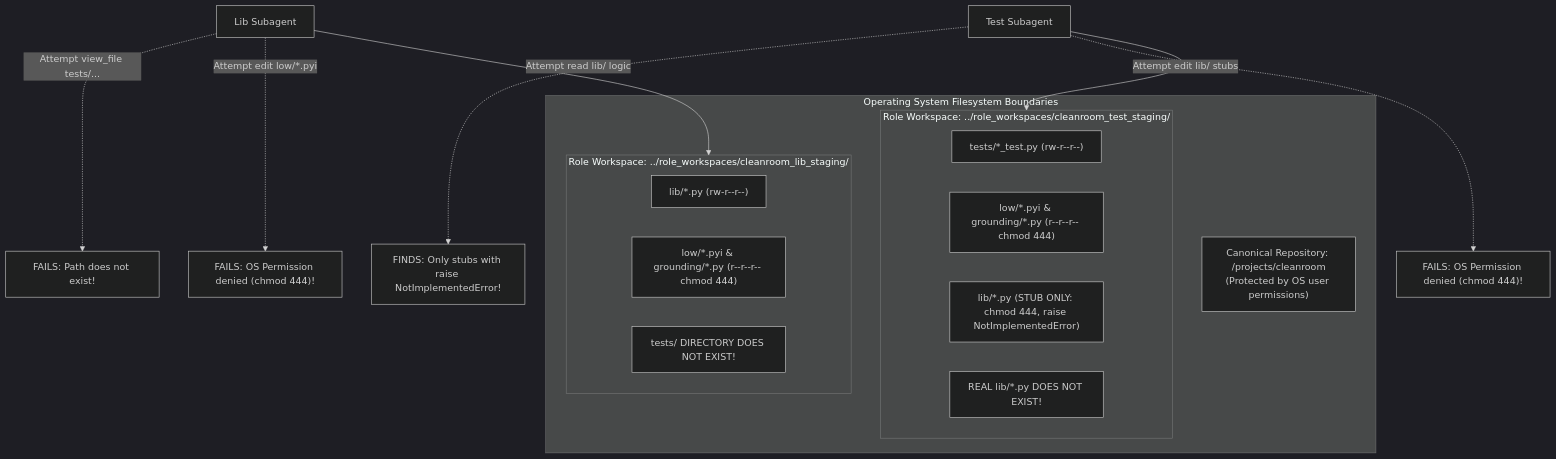
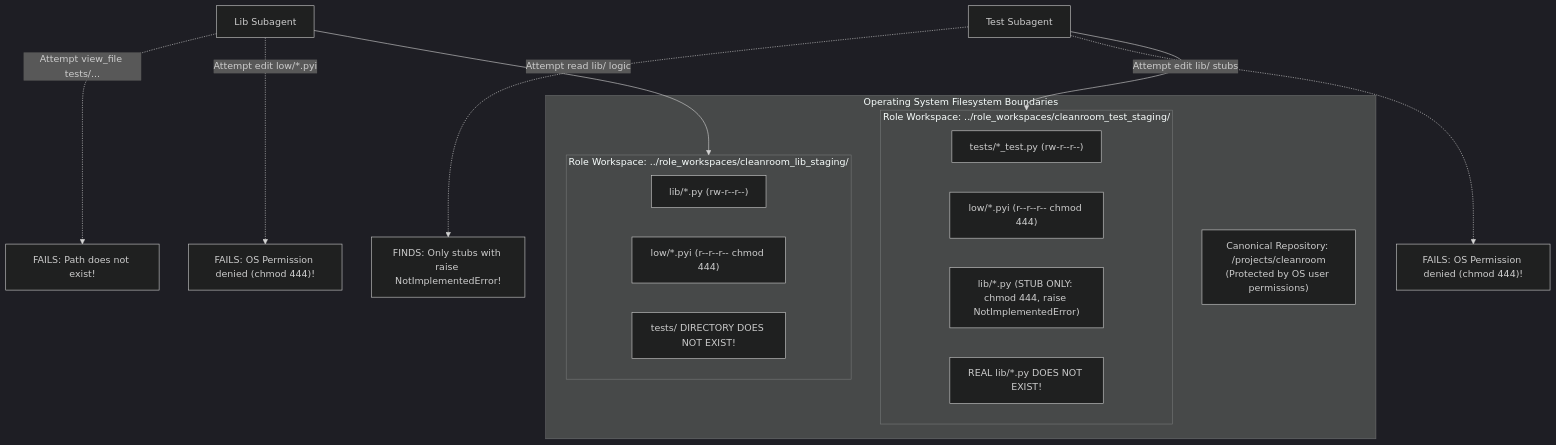
One commit to mcdirmid/cleanroom changed the seventh of 8 diagrams in design-docs/subagent_driven_cleanroom_workspaces_todo.md. Above: the diagram before and after it, drawn with Mermaid (dark theme). The commit also changed other lines of this file and 470 other files, not shown here.

````diff
--- a/design-docs/subagent_driven_cleanroom_workspaces_todo.md
+++ b/design-docs/subagent_driven_cleanroom_workspaces_todo.md
@@ -691,27 +699,27 @@
 ```mermaid
 flowchart TD
     subgraph HostOS ["Operating System Filesystem Boundaries"]
         MainWS["Canonical Repository: /projects/cleanroom\n(Protected by OS user permissions)"]
         
         subgraph LibContainer ["Role Workspace: ../role_workspaces/cleanroom_lib_staging/"]
             LibSrc["lib/*.py (rw-r--r--)"]
-            LibSpec["low/*.pyi & grounding/*.py (r--r--r-- chmod 444)"]
+            LibSpec["low/*.pyi (r--r--r-- chmod 444)"]
             LibMissing["tests/ DIRECTORY DOES NOT EXIST!"]
         end
 
         subgraph TestContainer ["Role Workspace: ../role_workspaces/cleanroom_test_staging/"]
             TestSrc["tests/*_test.py (rw-r--r--)"]
-            TestSpec["low/*.pyi & grounding/*.py (r--r--r-- chmod 444)"]
+            TestSpec["low/*.pyi (r--r--r-- chmod 444)"]
             TestStub["lib/*.py (STUB ONLY: chmod 444, raise NotImplementedError)"]
             TestRealLib["REAL lib/*.py DOES NOT EXIST!"]
         end
     end
 
     SubagentLib["Lib Subagent"] --> LibContainer
     SubagentTest["Test Subagent"] --> TestContainer
 
     SubagentLib -.->|"Attempt view_file tests/..."| Block1["FAILS: Path does not exist!"]
     SubagentLib -.->|"Attempt edit low/*.pyi"| Block2["FAILS: OS Permission denied (chmod 444)!"]
     SubagentTest -.->|"Attempt read lib/ logic"| Block3["FINDS: Only stubs with raise NotImplementedError!"]
     SubagentTest -.->|"Attempt edit lib/ stubs"| Block4["FAILS: OS Permission denied (chmod 444)!"]
 ```
````
